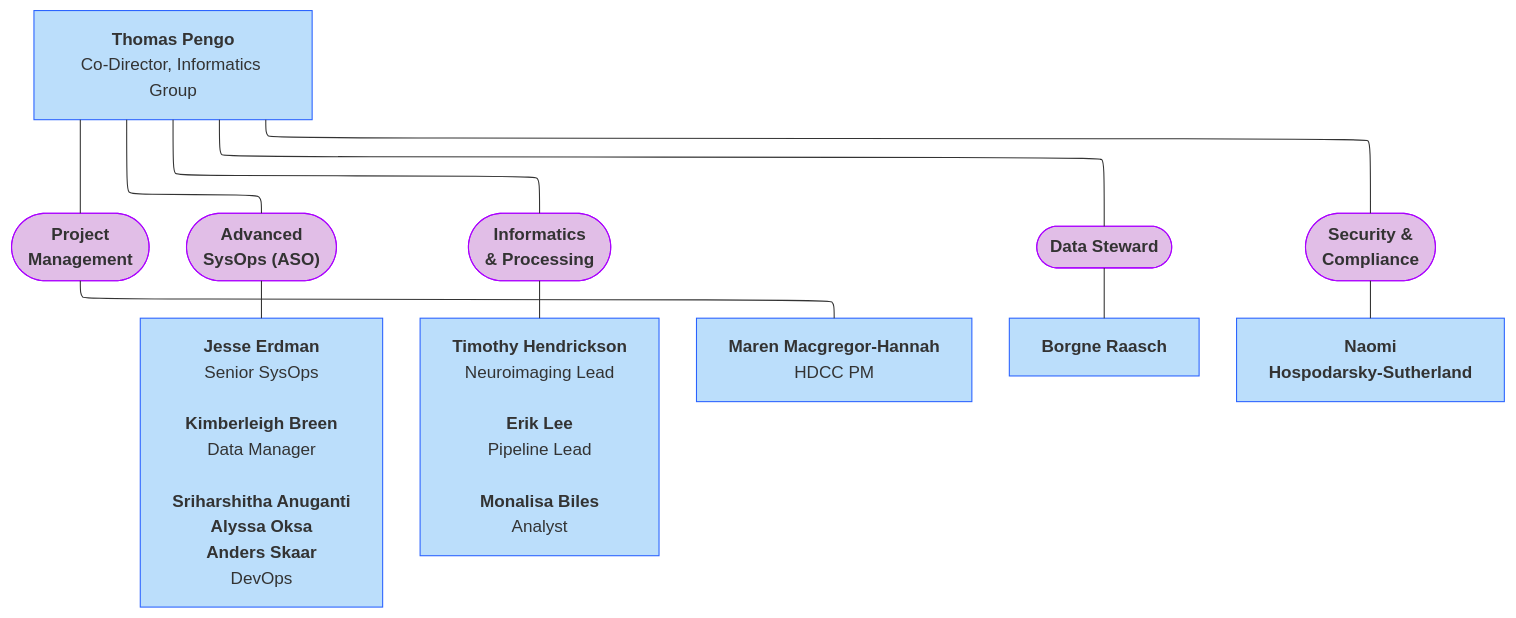
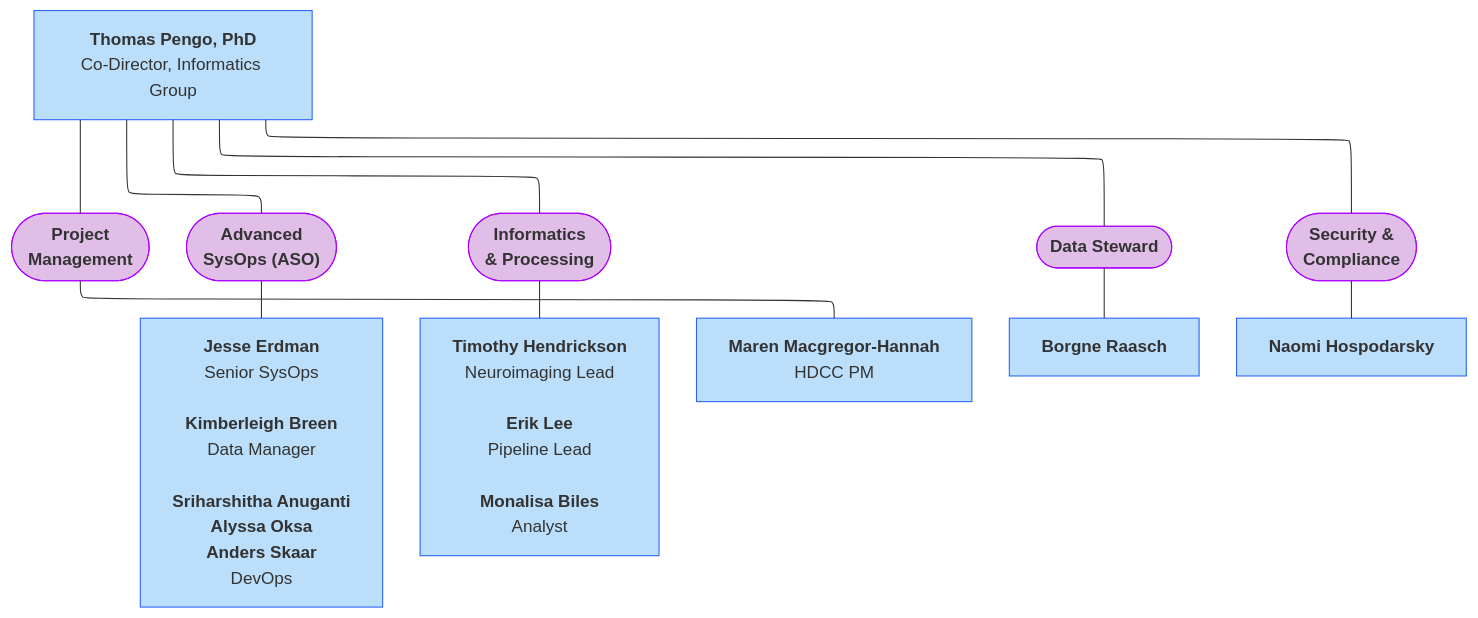
Before and after one commit to DCAN-Labs/hbcd-docs-internal: the seventh of 10 diagrams in docs/orgcharts.md, drawn with Mermaid. The commit also changed other lines of this file and 1 other file, not shown here.

````diff
--- a/docs/orgcharts.md
+++ b/docs/orgcharts.md
@@ -317,26 +317,24 @@
 ```mermaid
 ---
 config:
   layout: elk
 ---
 flowchart TB
-    L["<b>Thomas Pengo</b><br>Co-Director, Informatics Group"] 
-    --- M(["<b>Project<br>Management</b>"]) & N(["<b>Advanced<br>SysOps (ASO)</b>"])
-    L --- O(["<b>Informatics<br>&amp; Processing</b>"]) & P(["<b>Data Steward</b>"]) & n8(["<b>Security &amp;<br>Compliance</b>"])
+    L["<b>Thomas Pengo, PhD</b><br>Co-Director, Informatics Group"] --- M(["<b>Project<br>Management</b>"]) & N(["<b>Advanced<br>SysOps (ASO)</b>"]) & O(["<b>Informatics<br>&amp; Processing</b>"]) & P(["<b>Data Steward</b>"]) & n8(["<b>Security &amp;<br>Compliance</b>"])
     N --- Q["<b>Jesse Erdman</b><br>Senior SysOps<br><br><b>Kimberleigh Breen</b><br>Data Manager<br><br><b>Sriharshitha Anuganti<br>Alyssa Oksa<br>Anders Skaar</b><br>DevOps"]
     O --- n4["<b>Timothy Hendrickson</b><br>Neuroimaging Lead<br><br><b>Erik Lee</b><br>Pipeline Lead<br><br><b>Monalisa Biles</b><br>Analyst"]
     M --- n6["<b>Maren Macgregor-Hannah</b><br>HDCC PM"]
     P --- n7["<b>Borgne Raasch</b>"]
-    n8 --- n9["<b>Naomi<br>Hospodarsky-Sutherland</b>"]
+    n8 --- n9["<b>Naomi Hospodarsky</b>"]
     style L fill:#BBDEFB,stroke:#2962FF
     style M fill:#E1BEE7,stroke:#AA00FF
     style N fill:#E1BEE7,stroke:#AA00FF
     style O fill:#E1BEE7,stroke:#AA00FF
     style P fill:#E1BEE7,stroke:#AA00FF
     style n8 fill:#E1BEE7,stroke:#AA00FF
     style Q fill:#BBDEFB,stroke:#2962FF
     style n4 fill:#BBDEFB,stroke:#2962FF
     style n6 fill:#BBDEFB,stroke:#2962FF
     style n7 fill:#BBDEFB,stroke:#2962FF
     style n9 fill:#BBDEFB,stroke:#2962FF
 ```
````
